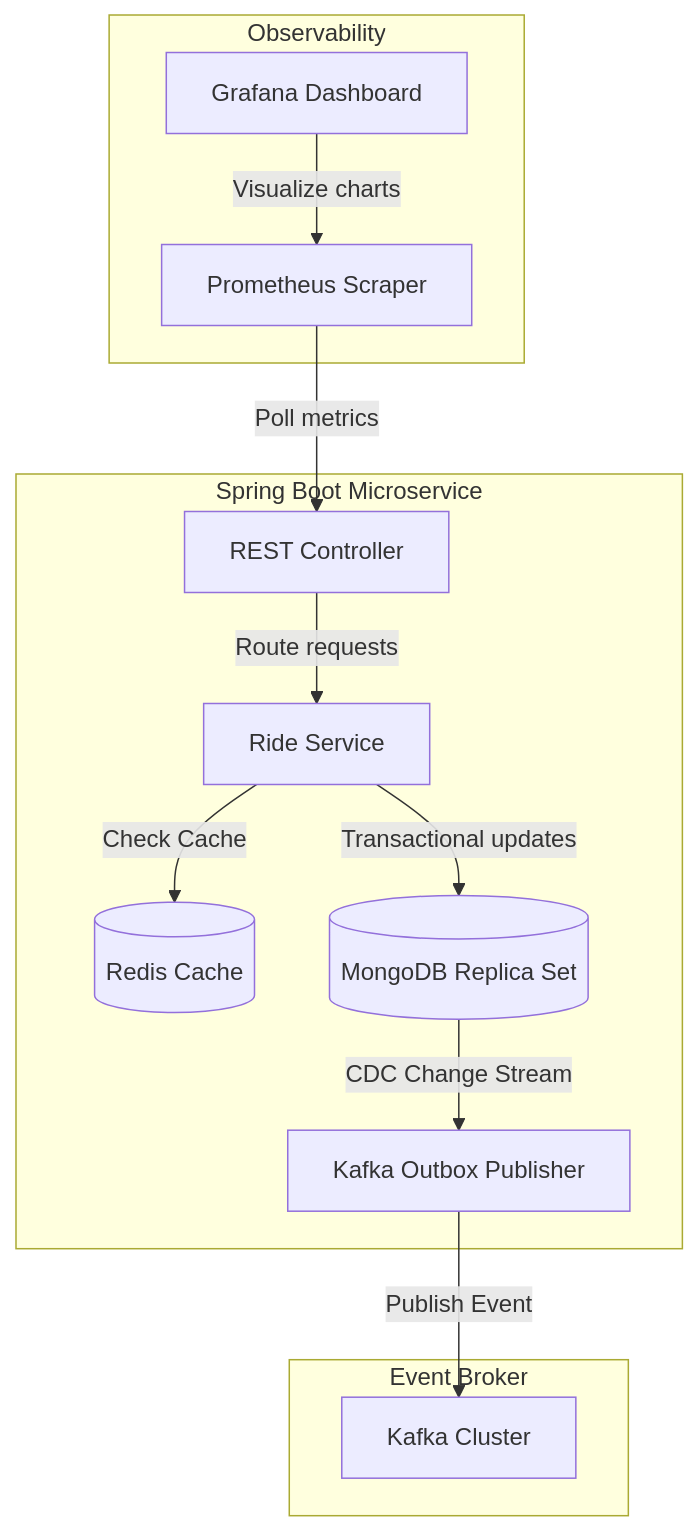
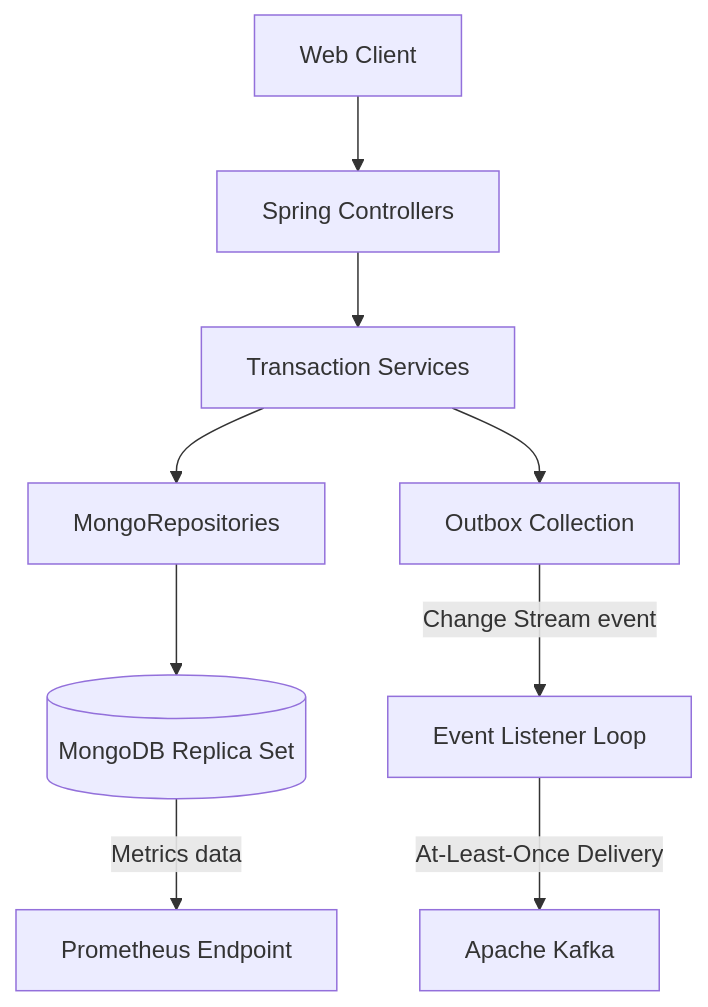
One commit to BaoTo12/learning-repo changed the diagram in courses/spring-mongodb-mastery/modules/17-final-capstone-project.md. Above: the diagram before and after it, drawn with Mermaid. The commit also changed other lines of this file and 598 other files, not shown here.

Commit message:
add kafka course and spring kafka

````diff
--- a/courses/spring-mongodb-mastery/modules/17-final-capstone-project.md
+++ b/courses/spring-mongodb-mastery/modules/17-final-capstone-project.md
@@ -13,18 +28,11 @@
 ```mermaid
 graph TD
-    subgraph Spring Boot Microservice
-        A[REST Controller] -->|Route requests| B[Ride Service]
-        B -->|Check Cache| C[(Redis Cache)]
-        B -->|Transactional updates| D[(MongoDB Replica Set)]
-        D -->|CDC Change Stream| E[Kafka Outbox Publisher]
-    end
-    
-    subgraph Event Broker
-        E -->|Publish Event| F[Kafka Cluster]
-    end
-    
-    subgraph Observability
-        G[Prometheus Scraper] -->|Poll metrics| A
-        H[Grafana Dashboard] -->|Visualize charts| G
-    end
+    Client[Web Client] --> API[Spring Controllers]
+    API --> Service[Transaction Services]
+    Service --> Repo[MongoRepositories]
+    Service --> Outbox[Outbox Collection]
+    Outbox -->|Change Stream event| Listener[Event Listener Loop]
+    Listener -->|At-Least-Once Delivery| Kafka[Apache Kafka]
+    Repo --> DB[(MongoDB Replica Set)]
+    DB -->|Metrics data| Prom[Prometheus Endpoint]
 ```
````
